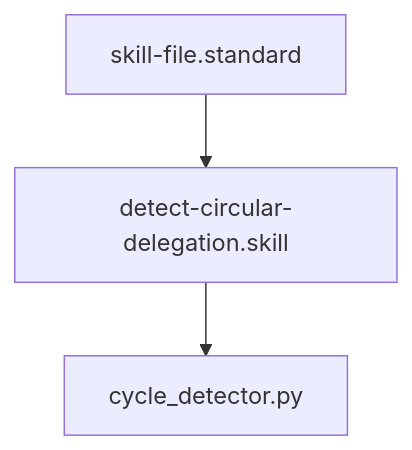
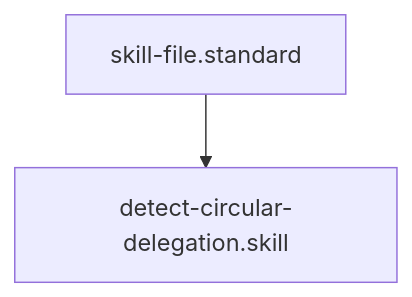
The diagram in skills/detect-circular-delegation.skill.md (Gizmo4Life/ai-kernel), drawn with Mermaid before and after one commit. The commit also changed other lines of this file and 89 other files, not shown here.

````diff
--- a/skills/detect-circular-delegation.skill.md
+++ b/skills/detect-circular-delegation.skill.md
@@ -23,5 +24,4 @@
 ```mermaid
 graph TD
     skill-file.standard --> detect-circular-delegation.skill
-    detect-circular-delegation.skill --> cycle_detector[cycle_detector.py]
 ```
````
